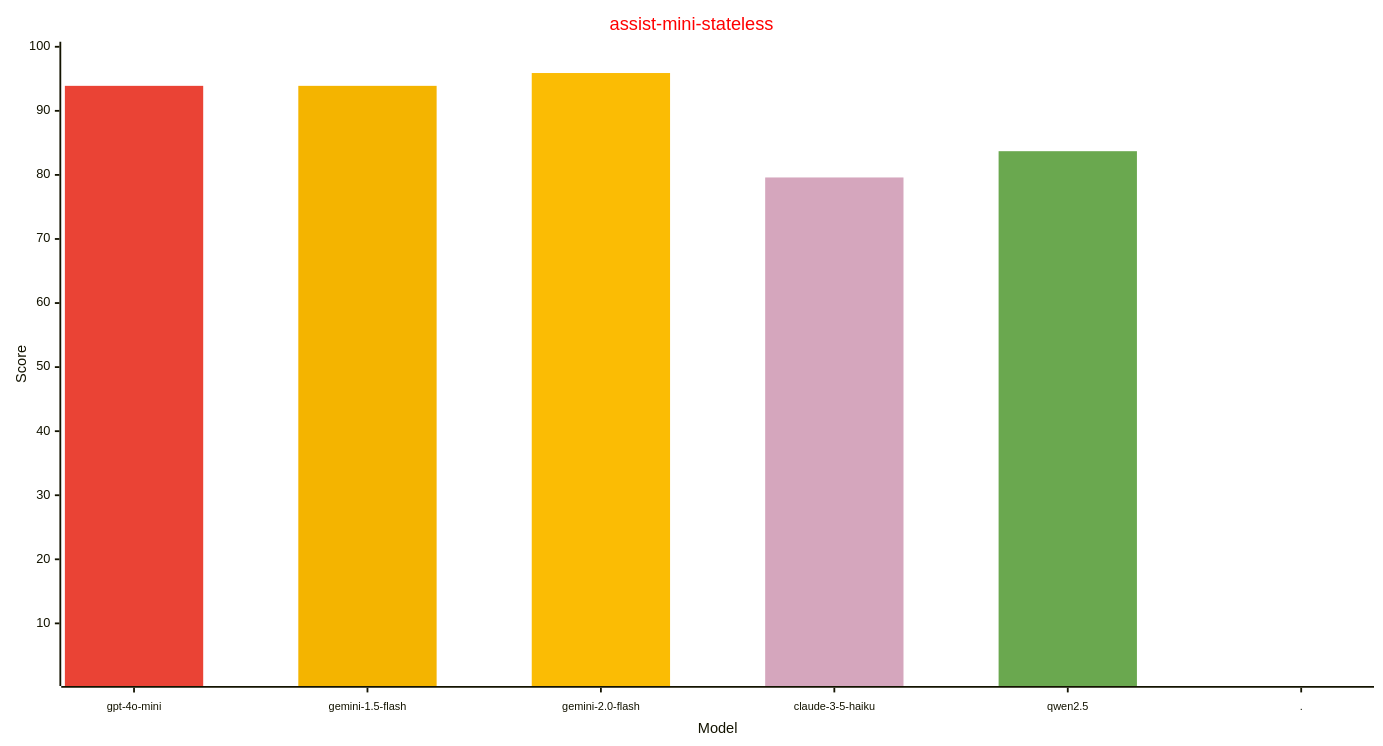
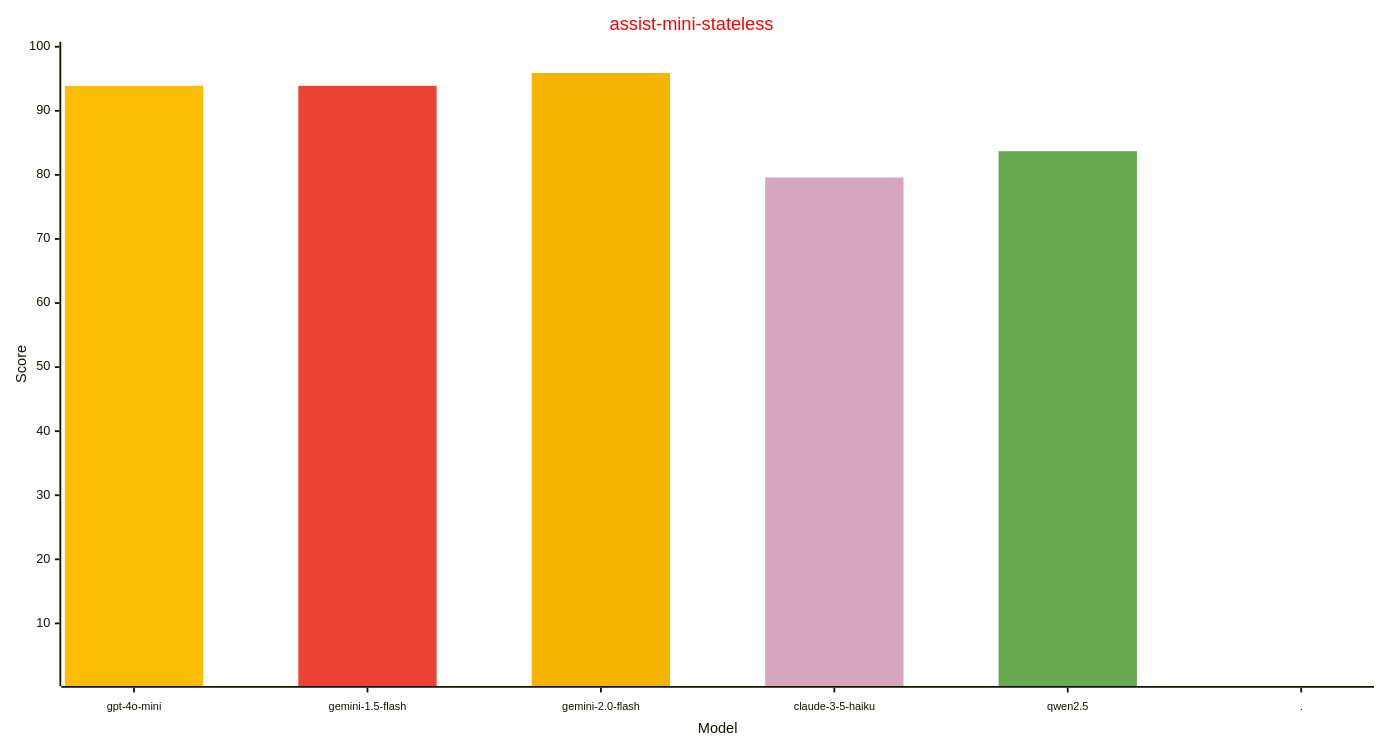
The second of 3 diagrams in reports/README.md (allenporter/home-assistant-datasets), drawn with Mermaid before and after one commit. The commit also changed other lines of this file, not shown here.

````diff
--- a/reports/README.md
+++ b/reports/README.md
@@ -108,26 +108,26 @@
 ```mermaid
 ---
 config:
     xyChart:
         width: 1500
         height: 800
         xAxis:
           labelFontSize: 12
           labelPadding: 8
     themeVariables:
         xyChart:
             titleColor: "#ff0000"
-            plotColorPalette: "#ea4335, #f4b400, #fbbc04, #d5a6bd, #6aa84f, #4285f4"
+            plotColorPalette: "#fbbc04, #ea4335, #f4b400, #d5a6bd, #6aa84f, #4285f4"
 
 ---
 xychart-beta
   title "assist-mini-stateless"
   x-axis "Model" [gpt-4o-mini, gemini-1.5-flash, gemini-2.0-flash, claude-3-5-haiku, qwen2.5, .]
   y-axis "Score" 1 --> 100
   bar [93.9, 0.0, 0.0, 0.0, 0.0, 0.0]
   bar [0.0, 93.9, 0.0, 0.0, 0.0, 0.0]
   bar [0.0, 0.0, 95.9, 0.0, 0.0, 0.0]
   bar [0.0, 0.0, 0.0, 79.6, 0.0, 0.0]
   bar [0.0, 0.0, 0.0, 0.0, 83.7, 0.0]
   bar [0.0, 0.0, 0.0, 0.0, 0.0, -1.0]
 ```
````
